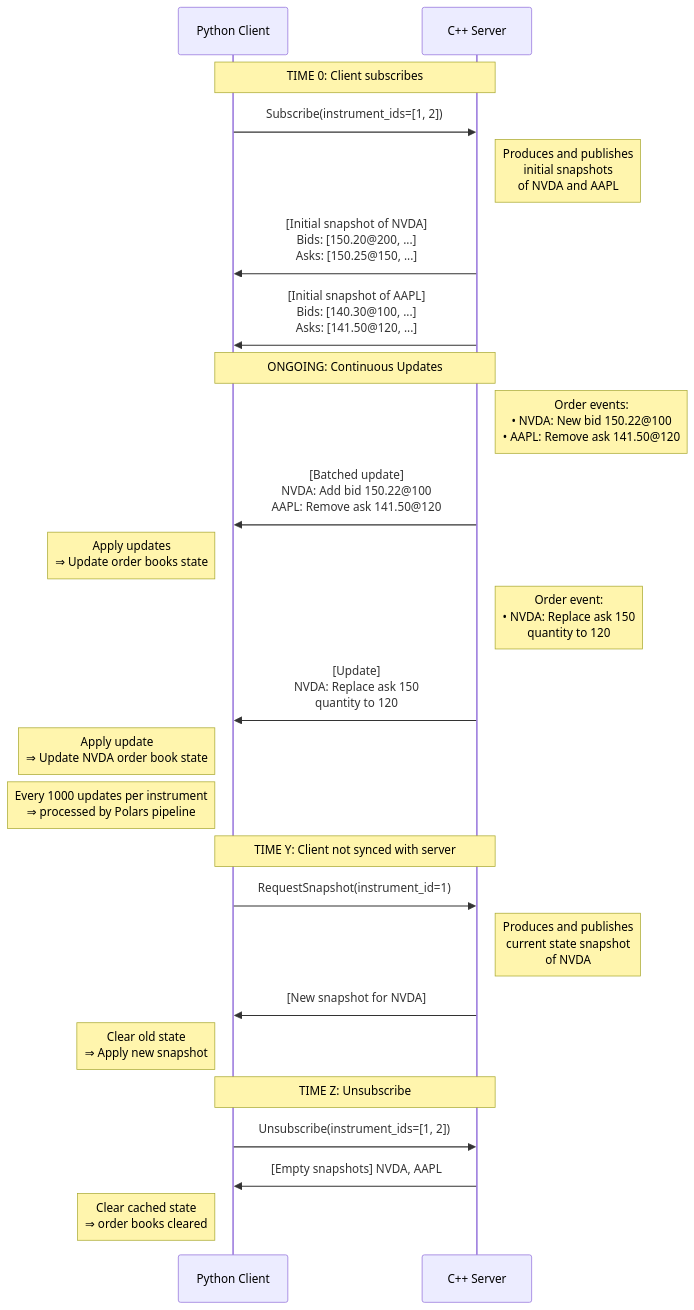
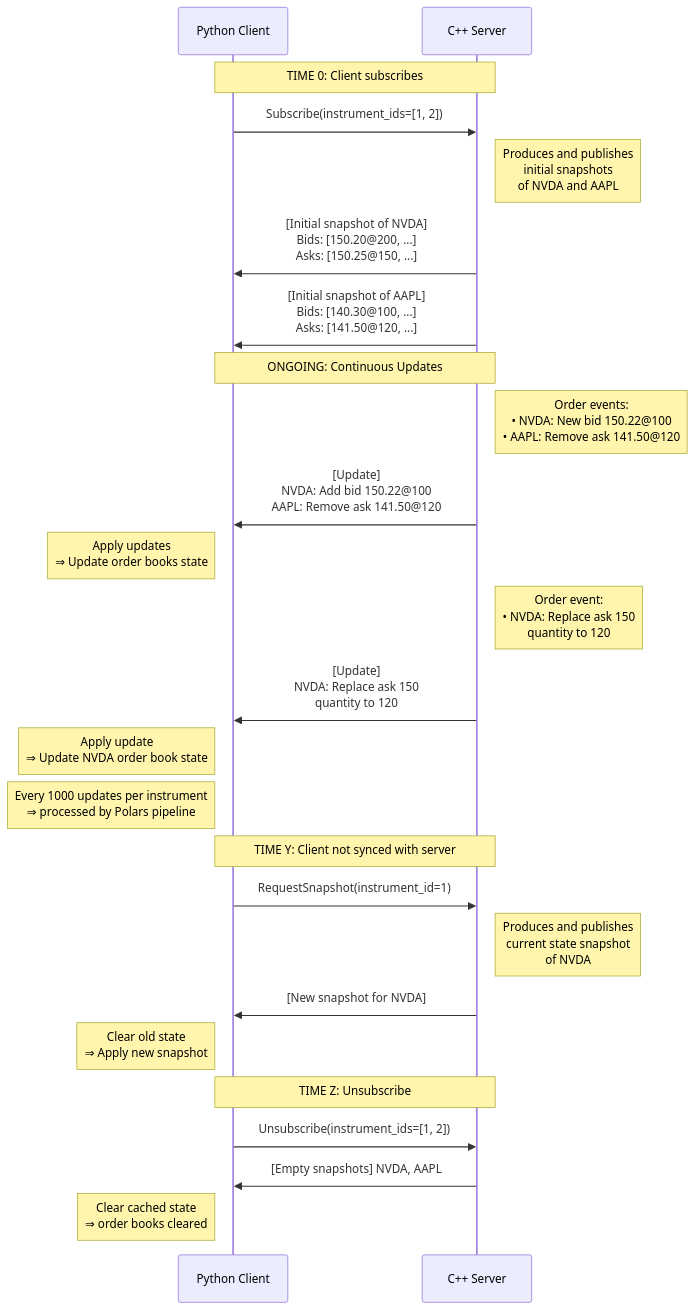
Before and after one commit to sephorah/market-data-pipeline: the second of 2 diagrams in README.md, drawn with Mermaid. The commit also changed other lines of this file, not shown here.

````diff
--- a/README.md
+++ b/README.md
@@ -85,37 +85,37 @@
 ```mermaid
 sequenceDiagram
     participant python_client as Python Client
     participant cpp_server as C++ Server
     
     Note over python_client,cpp_server: TIME 0: Client subscribes
     
     python_client->>cpp_server: Subscribe(instrument_ids=[1, 2])
     Note right of cpp_server: Produces and publishes<br/>initial snapshots<br/>of NVDA and AAPL
     cpp_server->>python_client: [Initial snapshot of NVDA]<br/>Bids: [150.20@200, ...]<br/>Asks: [150.25@150, ...]
     cpp_server->>python_client: [Initial snapshot of AAPL]<br/>Bids: [140.30@100, ...]<br/>Asks: [141.50@120, ...]
 
     Note over python_client,cpp_server: ONGOING: Continuous Updates
     
     Note right of cpp_server: Order events:<br/>• NVDA: New bid 150.22@100<br/>• AAPL: Remove ask 141.50@120
-    cpp_server->>python_client: [Batched update]<br/>NVDA: Add bid 150.22@100<br/>AAPL: Remove ask 141.50@120
+    cpp_server->>python_client: [Update]<br/>NVDA: Add bid 150.22@100<br/>AAPL: Remove ask 141.50@120
     Note left of python_client: Apply updates<br/>⇒ Update order books state
     
     Note right of cpp_server: Order event:<br/>• NVDA: Replace ask 150<br/>quantity to 120
     cpp_server->>python_client: [Update] <br/>NVDA: Replace ask 150<br/>quantity to 120
     Note left of python_client: Apply update<br/>⇒ Update NVDA order book state
     
     Note left of python_client: Every 1000 updates per instrument<br/>⇒ processed by Polars pipeline
     
     Note over python_client,cpp_server: TIME Y: Client not synced with server
     
     python_client->>cpp_server: RequestSnapshot(instrument_id=1)
     Note right of cpp_server: Produces and publishes<br/>current state snapshot<br/>of NVDA
     cpp_server->>python_client: [New snapshot for NVDA]
     Note left of python_client: Clear old state<br/>⇒ Apply new snapshot
     
     Note over python_client,cpp_server: TIME Z: Unsubscribe
     
     python_client->>cpp_server: Unsubscribe(instrument_ids=[1, 2])
     cpp_server->>python_client: [Empty snapshots] NVDA, AAPL
     Note left of python_client: Clear cached state<br/>⇒ order books cleared
 ```
````
